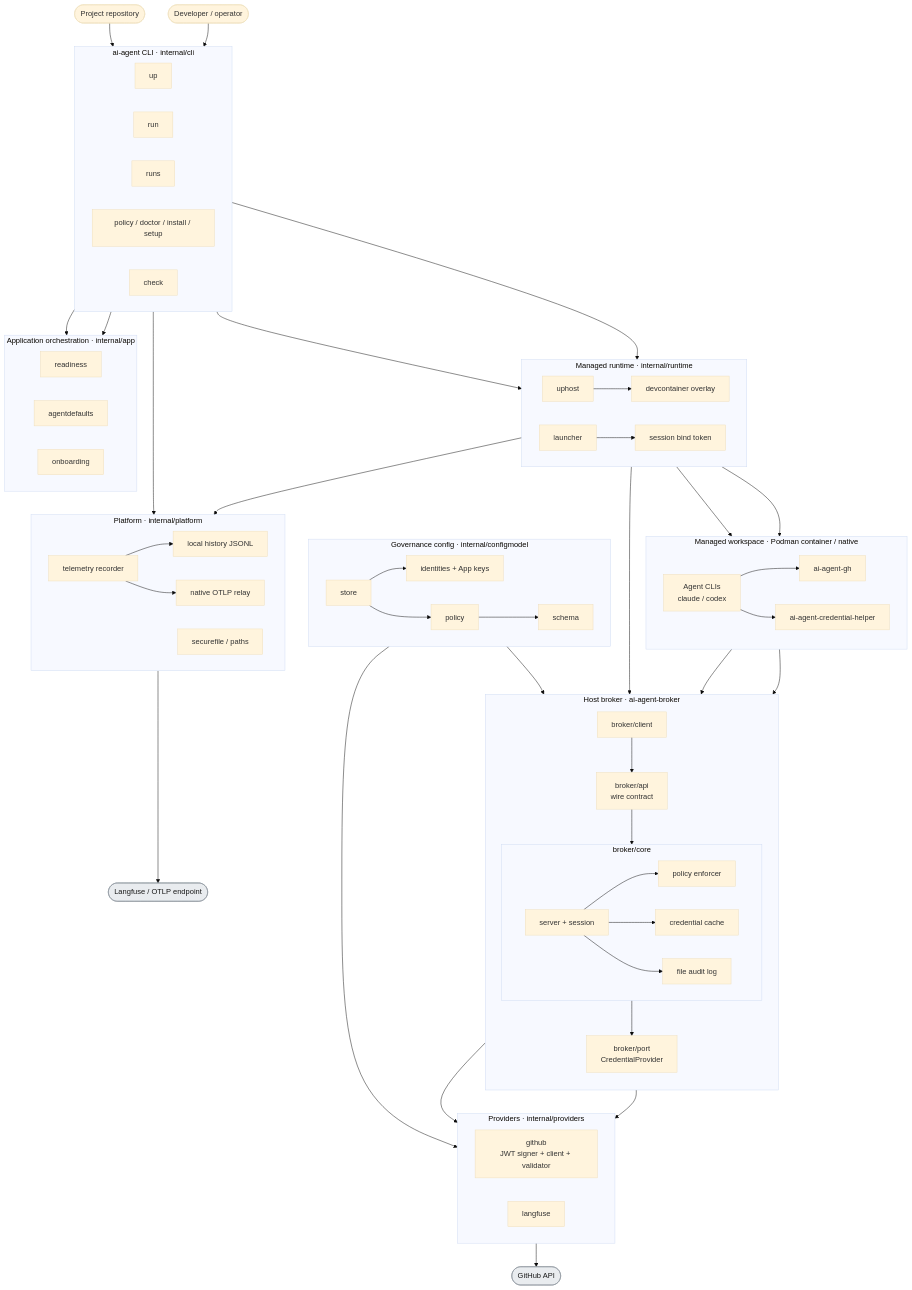
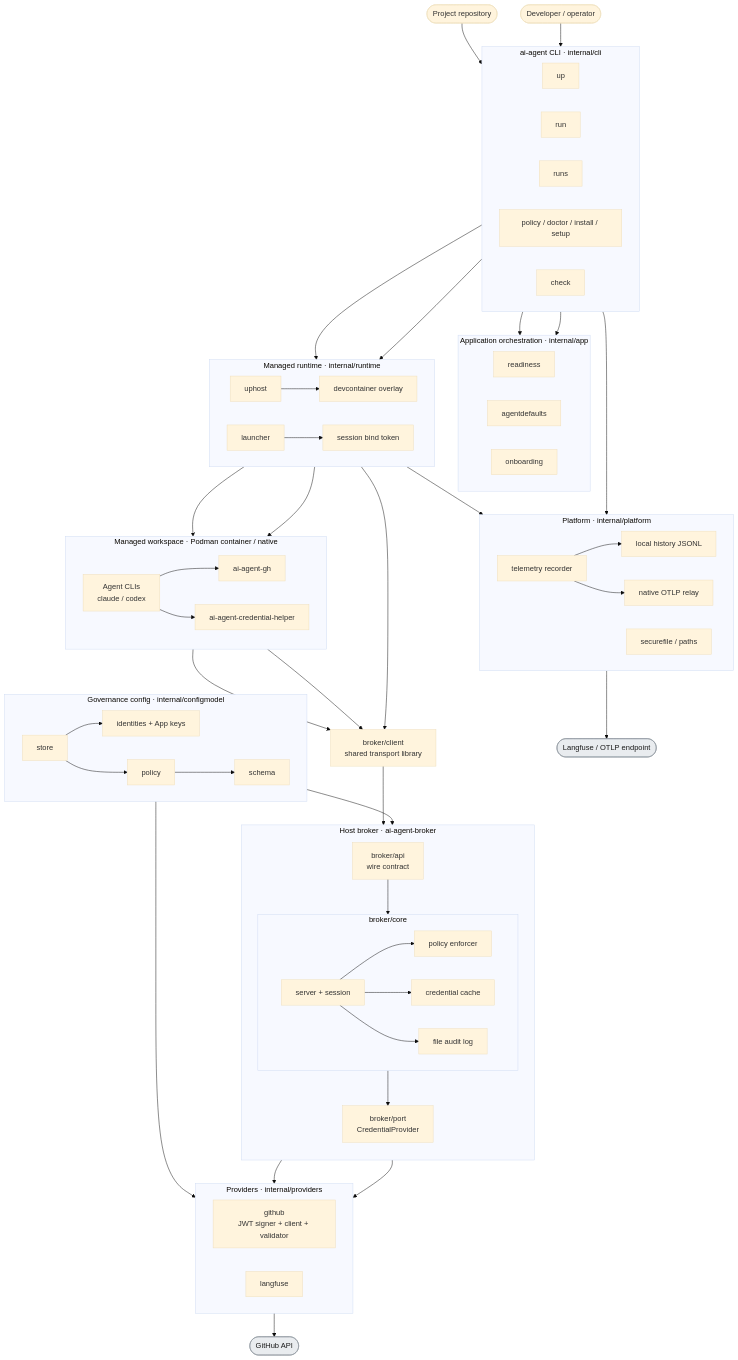
Before and after one commit to maryzam/ai-crew-localdev: the first of 2 diagrams in docs/current-north-star-architecture.md, drawn with Mermaid (base theme). The commit also changed other lines of this file, not shown here.

Commit message:
docs: draw broker/client outside the broker daemon boundary
Finding 4: broker/client is a shared transport library linked into the
CLI, launcher, and shims, not code that runs inside the ai-agent-broker
process. Move it out of the broker subgraph and note that it reaches the
daemon over the Unix socket, so the process boundary is drawn correctly.

```diff
--- a/docs/current-north-star-architecture.md
+++ b/docs/current-north-star-architecture.md
@@ -50,7 +50,6 @@
 
     subgraph Broker[Host broker · ai-agent-broker]
         direction TB
-        BClient[broker/client]
         BAPI[broker/api<br/>wire contract]
         subgraph Core[broker/core]
             direction LR
@@ -84,6 +83,7 @@
         SecureFile[securefile / paths]
     end
 
+    BClient[broker/client<br/>shared transport library]
     ExtGitHub([GitHub API])
     ExtLF([Langfuse / OTLP endpoint])
 
```
